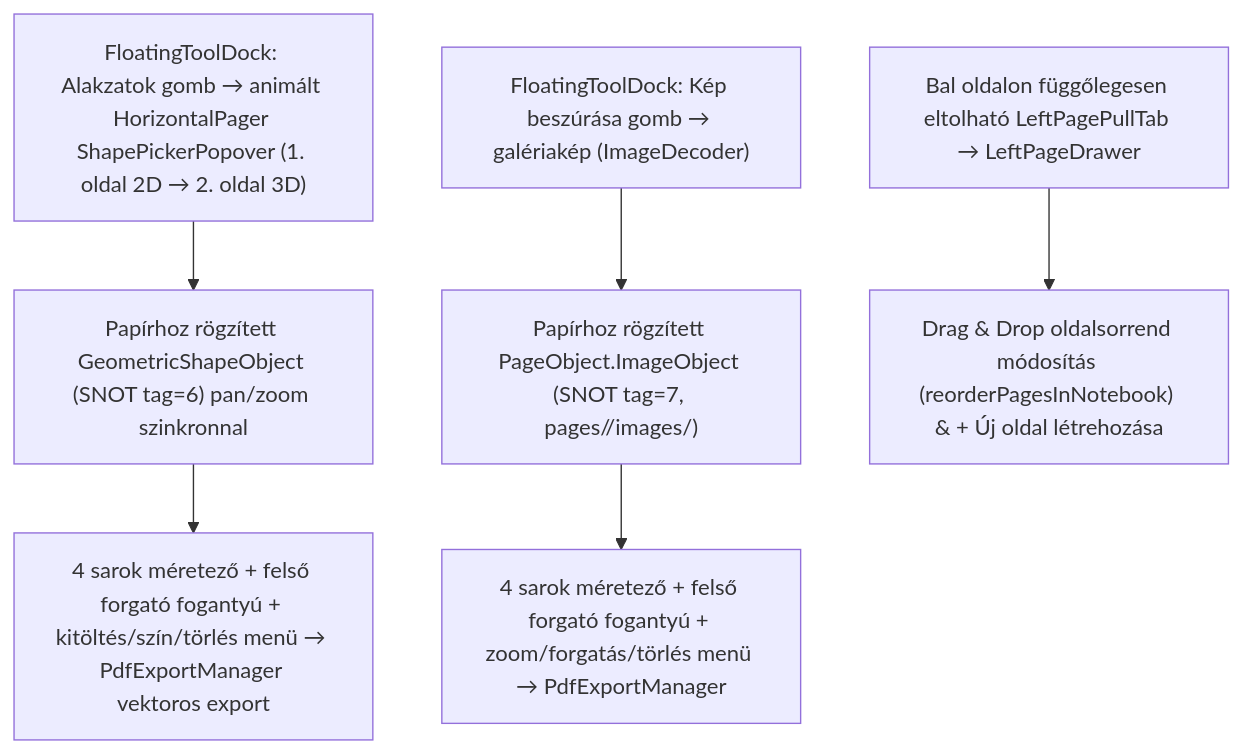
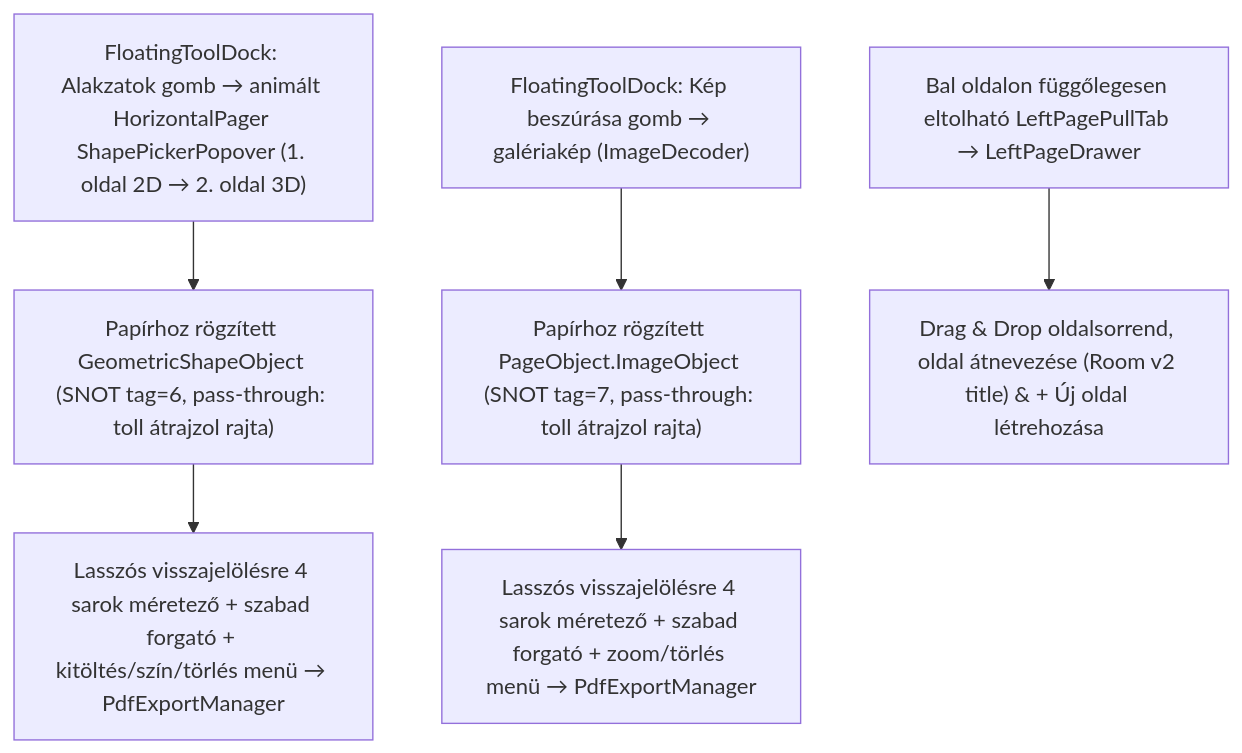
Before and after one commit to Fruktoz0/Stylusnote: the seventh of 7 diagrams in docs/user_journeys.md, drawn with Mermaid. The commit also changed other lines of this file and 27 other files, not shown here.

Commit message:
Alkalmazás ikon beállitva, AI fix, tenyér fix, uj oldal létrehozása fix

````diff
--- a/docs/user_journeys.md
+++ b/docs/user_journeys.md
@@ -117,8 +118,8 @@
 ```mermaid
 flowchart TD
-    S1["FloatingToolDock: Alakzatok gomb → animált HorizontalPager ShapePickerPopover (1. oldal 2D → 2. oldal 3D)"] --> S2["Papírhoz rögzített GeometricShapeObject (SNOT tag=6) pan/zoom szinkronnal"]
-    S2 --> S3["4 sarok méretező + felső forgató fogantyú + kitöltés/szín/törlés menü → PdfExportManager vektoros export"]
-    I1["FloatingToolDock: Kép beszúrása gomb → galériakép (ImageDecoder)"] --> I2["Papírhoz rögzített PageObject.ImageObject (SNOT tag=7, pages/<id>/images/)"]
-    I2 --> I3["4 sarok méretező + felső forgató fogantyú + zoom/forgatás/törlés menü → PdfExportManager"]
-    P1["Bal oldalon függőlegesen eltolható LeftPagePullTab → LeftPageDrawer"] --> P2["Drag & Drop oldalsorrend módosítás (reorderPagesInNotebook) & + Új oldal létrehozása"]
+    S1["FloatingToolDock: Alakzatok gomb → animált HorizontalPager ShapePickerPopover (1. oldal 2D → 2. oldal 3D)"] --> S2["Papírhoz rögzített GeometricShapeObject (SNOT tag=6, pass-through: toll átrajzol rajta)"]
+    S2 --> S3["Lasszós visszajelölésre 4 sarok méretező + szabad forgató + kitöltés/szín/törlés menü → PdfExportManager"]
+    I1["FloatingToolDock: Kép beszúrása gomb → galériakép (ImageDecoder)"] --> I2["Papírhoz rögzített PageObject.ImageObject (SNOT tag=7, pass-through: toll átrajzol rajta)"]
+    I2 --> I3["Lasszós visszajelölésre 4 sarok méretező + szabad forgató + zoom/törlés menü → PdfExportManager"]
+    P1["Bal oldalon függőlegesen eltolható LeftPagePullTab → LeftPageDrawer"] --> P2["Drag & Drop oldalsorrend, oldal átnevezése (Room v2 title) & + Új oldal létrehozása"]
 ```
````
